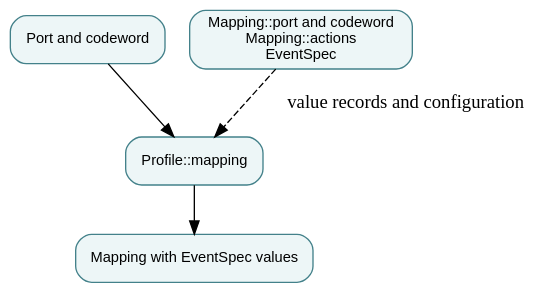
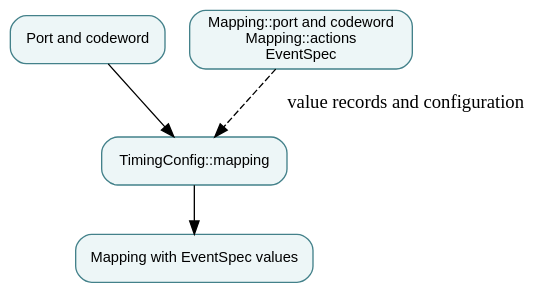
One commit to qsbit-org/qsbit-sim changed the diagram in docs/modules/port-codeword-mapping.md. Above: the diagram before and after it, drawn with Graphviz. The commit also changed other lines of this file and 80 other files, not shown here.

````diff
--- a/docs/modules/port-codeword-mapping.md
+++ b/docs/modules/port-codeword-mapping.md
@@ -16,11 +16,11 @@
 ```{graphviz}
 digraph module {
   rankdir=TB; bgcolor="transparent";
   node [shape=box, style="rounded,filled", fillcolor="#edf6f7", color="#43818a", fontname="sans-serif", fontsize=11];
   input [label="Port and codeword"];
-  owner [label="Profile::mapping"];
+  owner [label="TimingConfig::mapping"];
   state [label="Mapping::port and codeword\nMapping::actions\nEventSpec"];
   output [label="Mapping with EventSpec values"];
   input -> owner; owner -> output; state -> owner [style=dashed, label="value records and configuration"];
 }
 ```
````
